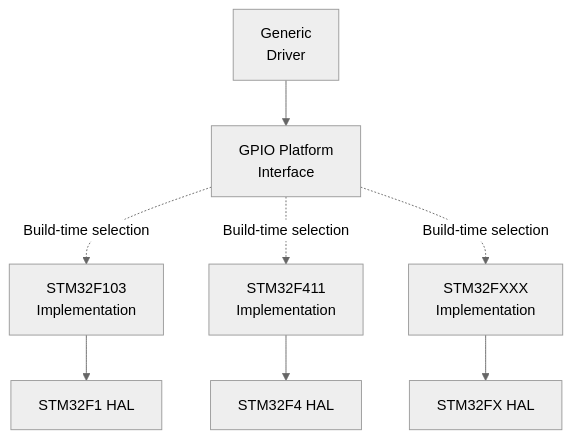
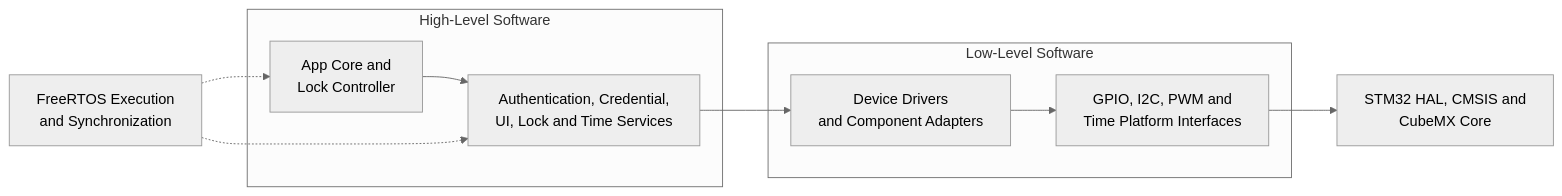
Before and after one commit to JP-REY/STM32F103C8T6-Based-Electronic-Lock: the third of 16 diagrams in Platforms/README.md, drawn with Mermaid (neutral theme). The commit also changed other lines of this file and 16 other files, not shown here.

````diff
--- a/Platforms/README.md
+++ b/Platforms/README.md
@@ -225,20 +459,22 @@
-```mermaid id="m7xv2a"
-flowchart TB
-    DRIVER["Generic<br/>Driver"]
+```mermaid
+flowchart LR
+    subgraph HIGH["High-Level Software"]
+        APP["App Core and<br/> Lock Controller"]
+        SVC["Authentication, Credential,<br/> UI, Lock and Time Services"]
+    end
 
-    INTERFACE["GPIO Platform<br/>Interface"]
+    subgraph LOW["Low-Level Software"]
+        CMP["Device Drivers<br/> and Component Adapters"]
+        PAL["GPIO, I2C, PWM and<br/> Time Platform Interfaces"]
+    end
 
-    F103["STM32F103<br/>Implementation"]
-    F411["STM32F411<br/>Implementation"]
-    FXXX["STM32FXXX<br/>Implementation"]
+    RTOS["FreeRTOS Execution<br/> and Synchronization"]
+    HAL["STM32 HAL, CMSIS and<br/> CubeMX Core"]
 
-    DRIVER --> INTERFACE
-
-    INTERFACE -.->|"Build-time selection"| F103
-    INTERFACE -.->|"Build-time selection"| F411
-    INTERFACE -.->|"Build-time selection"| FXXX
-
-    F103 --> HAL1["STM32F1 HAL"]
-    F411 --> HAL2["STM32F4 HAL"]
-    FXXX --> HAL3["STM32FX HAL"]
+    APP --> SVC
+    SVC --> CMP
+    CMP --> PAL
+    PAL --> HAL
+    RTOS -.-> APP
+    RTOS -.-> SVC
 ```
````
